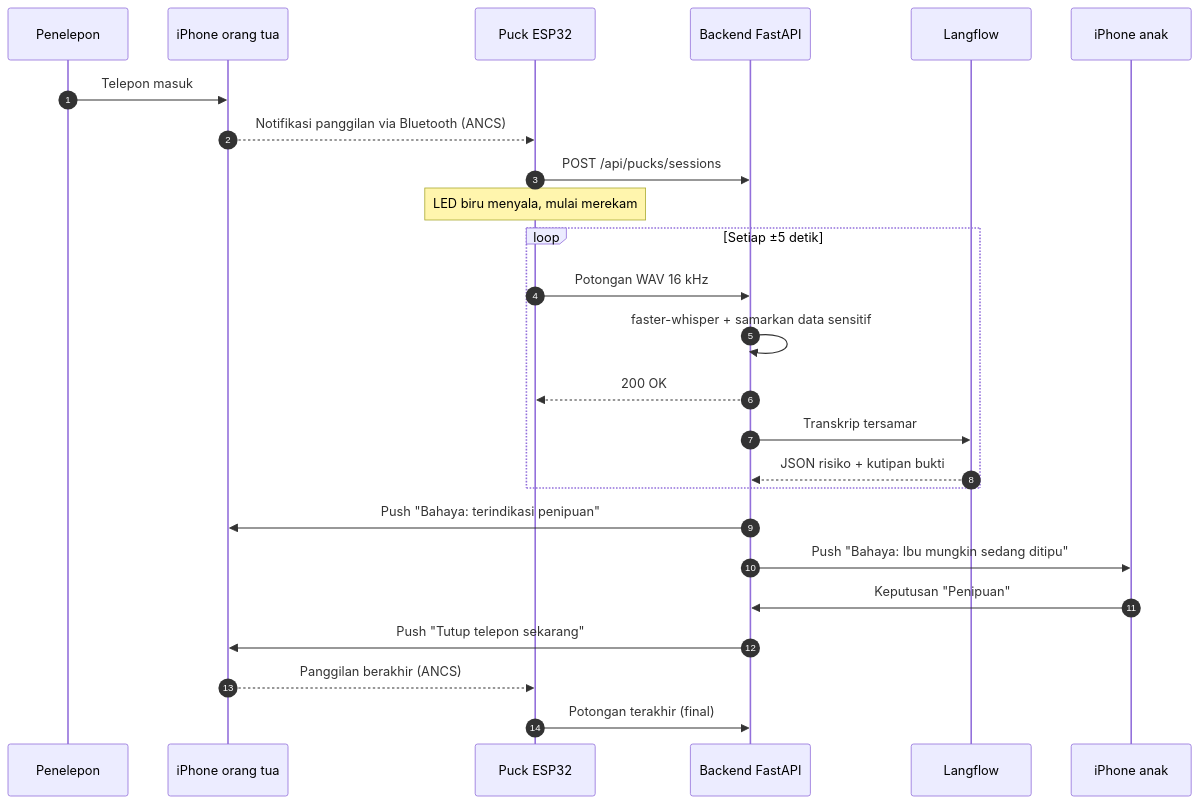
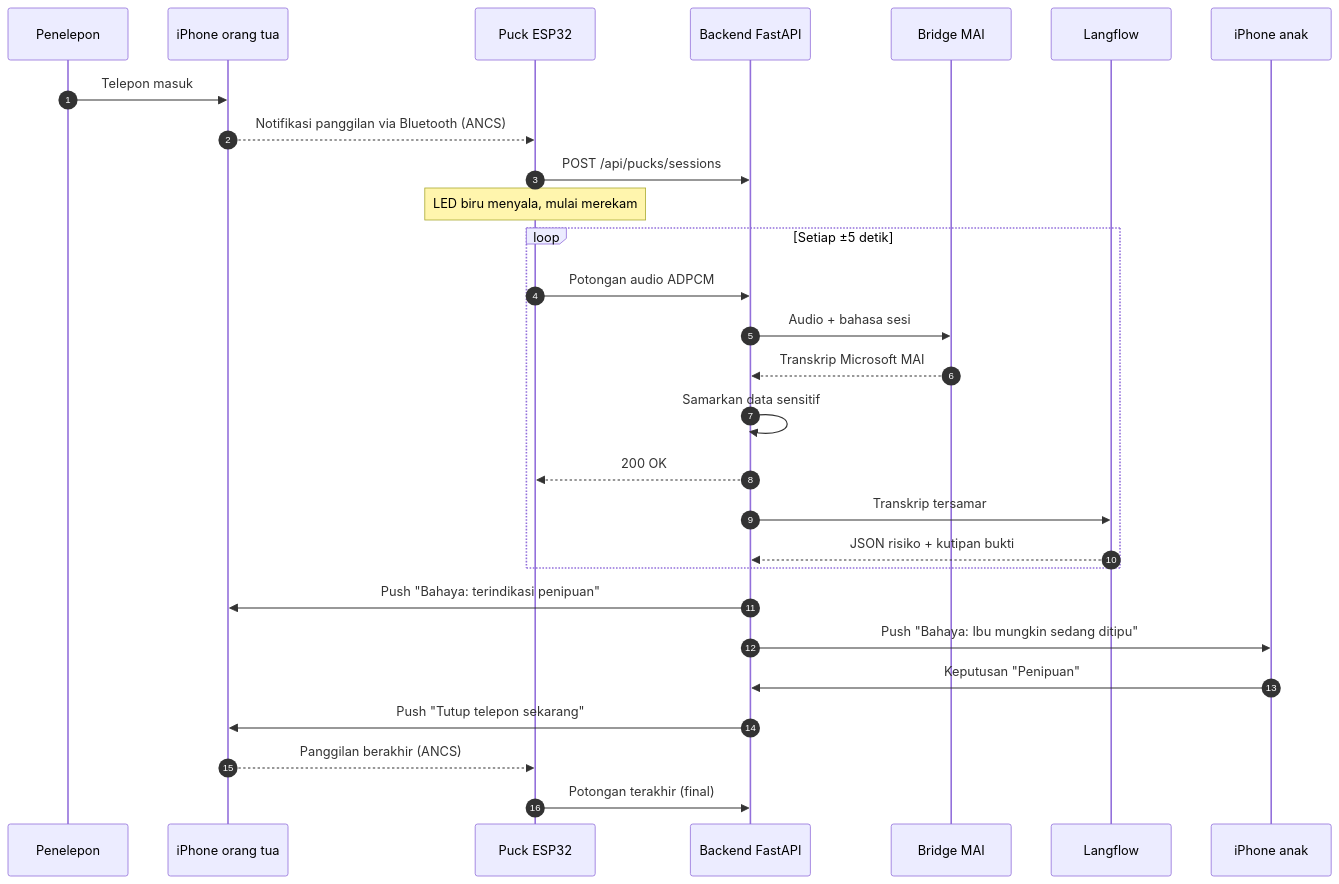
Before and after one commit to rambu-app/rambu: the first of 4 diagrams in README.md, drawn with Mermaid. The commit also changed other lines of this file and 46 other files, not shown here.

````diff
--- a/README.md
+++ b/README.md
@@ -51,28 +51,31 @@
 ```mermaid
 sequenceDiagram
     autonumber
     participant P as Penelepon
     participant O as iPhone orang tua
     participant K as Puck ESP32
     participant B as Backend FastAPI
+    participant T as Bridge MAI
     participant L as Langflow
     participant A as iPhone anak
 
     P->>O: Telepon masuk
     O-->>K: Notifikasi panggilan via Bluetooth (ANCS)
     K->>B: POST /api/pucks/sessions
     Note over K: LED biru menyala, mulai merekam
     loop Setiap ±5 detik
-        K->>B: Potongan WAV 16 kHz
-        B->>B: faster-whisper + samarkan data sensitif
+        K->>B: Potongan audio ADPCM
+        B->>T: Audio + bahasa sesi
+        T-->>B: Transkrip Microsoft MAI
+        B->>B: Samarkan data sensitif
         B-->>K: 200 OK
         B->>L: Transkrip tersamar
         L-->>B: JSON risiko + kutipan bukti
     end
     B->>O: Push "Bahaya: terindikasi penipuan"
     B->>A: Push "Bahaya: Ibu mungkin sedang ditipu"
     A->>B: Keputusan "Penipuan"
     B->>O: Push "Tutup telepon sekarang"
     O-->>K: Panggilan berakhir (ANCS)
     K->>B: Potongan terakhir (final)
 ```
````
